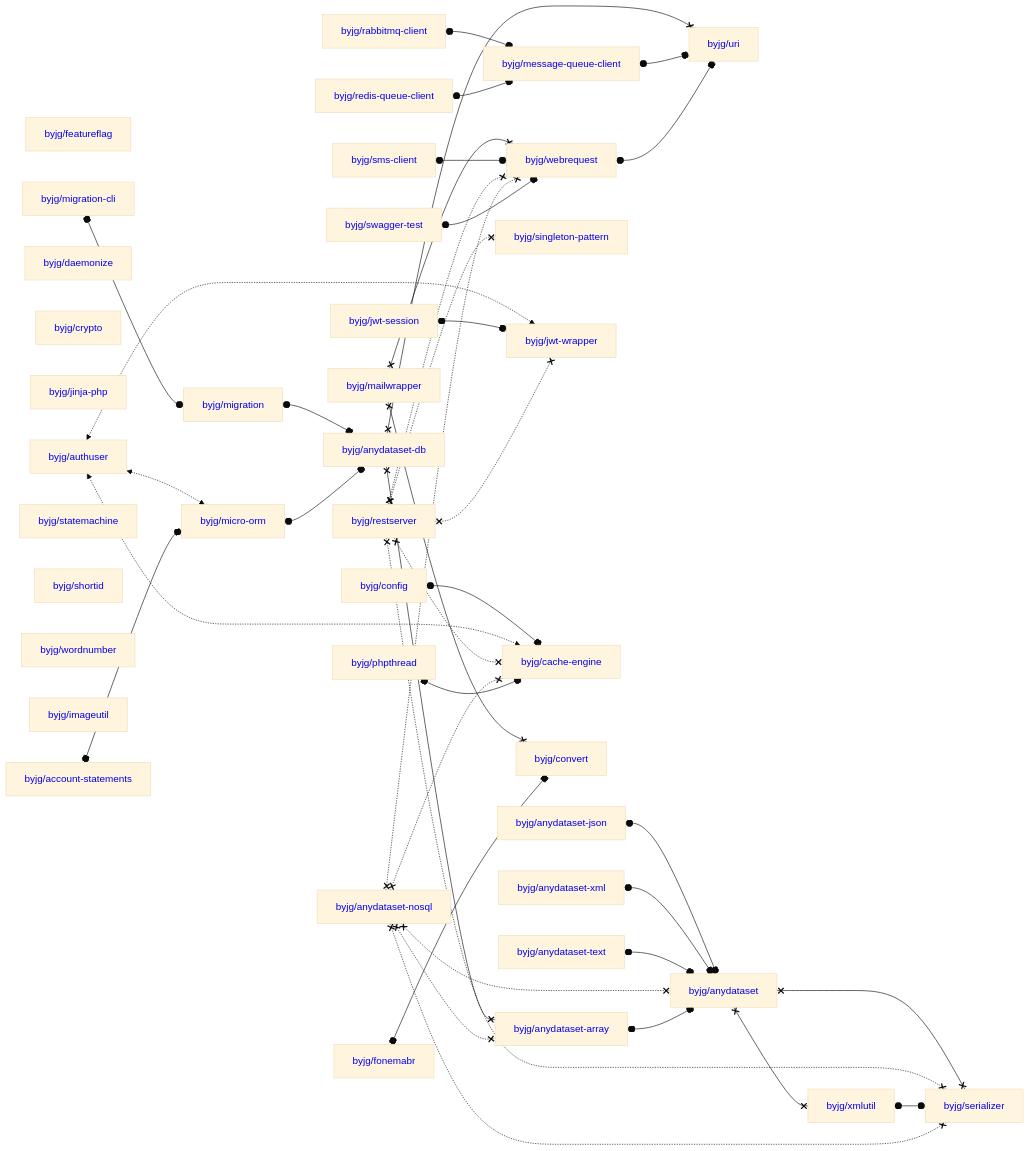
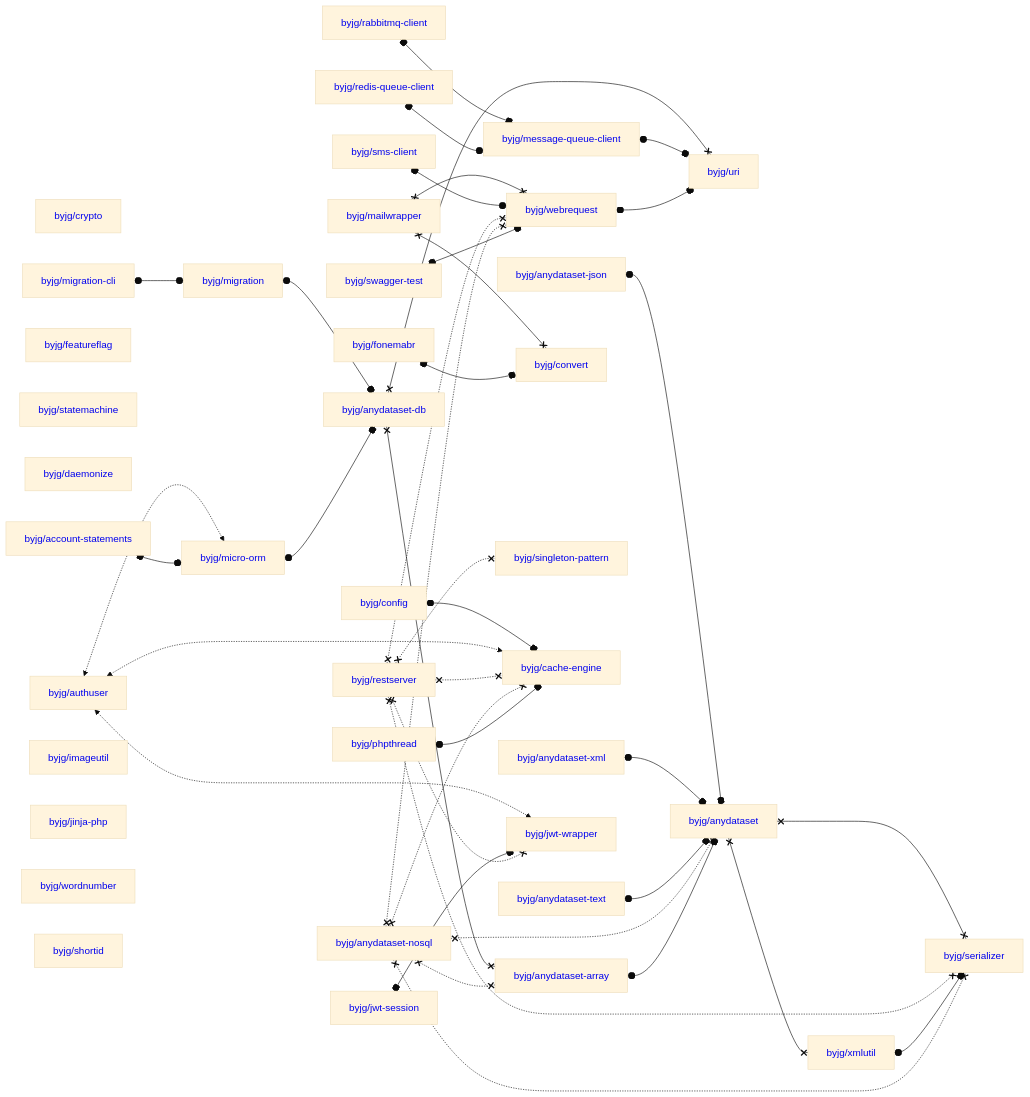
The diagram in docs/php/README.md (byjg/byjg.github.io), drawn with Mermaid (base theme) before and after one commit. The commit also changed other lines of this file, not shown here.

Commit message:
Update documentation 'php' 'php-migration'

````diff
--- a/docs/php/README.md
+++ b/docs/php/README.md
@@ -3,80 +3,80 @@
 ```mermaid
 graph LR;
+  byjg/crypto[<a href='https://opensource.byjg.com/docs/php/crypto' style='text-decoration:none'>byjg/crypto</a>];
+  byjg/anydataset-json[<a href='https://opensource.byjg.com/docs/php/anydataset-json' style='text-decoration:none'>byjg/anydataset-json</a>];
+  byjg/rabbitmq-client[<a href='https://opensource.byjg.com/docs/php/rabbitmq-client' style='text-decoration:none'>byjg/rabbitmq-client</a>];
+  byjg/anydataset-text[<a href='https://opensource.byjg.com/docs/php/anydataset-text' style='text-decoration:none'>byjg/anydataset-text</a>];
+  byjg/migration-cli[<a href='https://opensource.byjg.com/docs/php/migration-cli' style='text-decoration:none'>byjg/migration-cli</a>];
+  byjg/fonemabr[<a href='https://opensource.byjg.com/docs/php/fonemabr' style='text-decoration:none'>byjg/fonemabr</a>];
   byjg/featureflag[<a href='https://opensource.byjg.com/docs/php/featureflag' style='text-decoration:none'>byjg/featureflag</a>];
+  byjg/statemachine[<a href='https://opensource.byjg.com/docs/php/statemachine' style='text-decoration:none'>byjg/statemachine</a>];
+  byjg/redis-queue-client[<a href='https://opensource.byjg.com/docs/php/redis-queue-client' style='text-decoration:none'>byjg/redis-queue-client</a>];
   byjg/anydataset-xml[<a href='https://opensource.byjg.com/docs/php/anydataset-xml' style='text-decoration:none'>byjg/anydataset-xml</a>];
+  byjg/anydataset-nosql[<a href='https://opensource.byjg.com/docs/php/anydataset-nosql' style='text-decoration:none'>byjg/anydataset-nosql</a>];
+  byjg/daemonize[<a href='https://opensource.byjg.com/docs/php/daemonize' style='text-decoration:none'>byjg/daemonize</a>];
+  byjg/account-statements[<a href='https://opensource.byjg.com/docs/php/account-statements' style='text-decoration:none'>byjg/account-statements</a>];
+  byjg/phpthread[<a href='https://opensource.byjg.com/docs/php/phpthread' style='text-decoration:none'>byjg/phpthread</a>];
+  byjg/config[<a href='https://opensource.byjg.com/docs/php/config' style='text-decoration:none'>byjg/config</a>];
+  byjg/authuser[<a href='https://opensource.byjg.com/docs/php/authuser' style='text-decoration:none'>byjg/authuser</a>];
+  byjg/swagger-test[<a href='https://opensource.byjg.com/docs/php/swagger-test' style='text-decoration:none'>byjg/swagger-test</a>];
+  byjg/imageutil[<a href='https://opensource.byjg.com/docs/php/imageutil' style='text-decoration:none'>byjg/imageutil</a>];
+  byjg/jinja-php[<a href='https://opensource.byjg.com/docs/php/jinja-php' style='text-decoration:none'>byjg/jinja-php</a>];
+  byjg/jwt-session[<a href='https://opensource.byjg.com/docs/php/jwt-session' style='text-decoration:none'>byjg/jwt-session</a>];
+  byjg/mailwrapper[<a href='https://opensource.byjg.com/docs/php/mailwrapper' style='text-decoration:none'>byjg/mailwrapper</a>];
+  byjg/sms-client[<a href='https://opensource.byjg.com/docs/php/sms-client' style='text-decoration:none'>byjg/sms-client</a>];
+  byjg/wordnumber[<a href='https://opensource.byjg.com/docs/php/wordnumber' style='text-decoration:none'>byjg/wordnumber</a>];
+  byjg/shortid[<a href='https://opensource.byjg.com/docs/php/shortid' style='text-decoration:none'>byjg/shortid</a>];
   byjg/restserver[<a href='https://opensource.byjg.com/docs/php/restserver' style='text-decoration:none'>byjg/restserver</a>];
-  byjg/authuser[<a href='https://opensource.byjg.com/docs/php/authuser' style='text-decoration:none'>byjg/authuser</a>];
-  byjg/daemonize[<a href='https://opensource.byjg.com/docs/php/daemonize' style='text-decoration:none'>byjg/daemonize</a>];
-  byjg/jwt-session[<a href='https://opensource.byjg.com/docs/php/jwt-session' style='text-decoration:none'>byjg/jwt-session</a>];
-  byjg/crypto[<a href='https://opensource.byjg.com/docs/php/crypto' style='text-decoration:none'>byjg/crypto</a>];
-  byjg/fonemabr[<a href='https://opensource.byjg.com/docs/php/fonemabr' style='text-decoration:none'>byjg/fonemabr</a>];
-  byjg/config[<a href='https://opensource.byjg.com/docs/php/config' style='text-decoration:none'>byjg/config</a>];
-  byjg/anydataset-nosql[<a href='https://opensource.byjg.com/docs/php/anydataset-nosql' style='text-decoration:none'>byjg/anydataset-nosql</a>];
-  byjg/sms-client[<a href='https://opensource.byjg.com/docs/php/sms-client' style='text-decoration:none'>byjg/sms-client</a>];
-  byjg/jinja-php[<a href='https://opensource.byjg.com/docs/php/jinja-php' style='text-decoration:none'>byjg/jinja-php</a>];
-  byjg/account-statements[<a href='https://opensource.byjg.com/docs/php/account-statements' style='text-decoration:none'>byjg/account-statements</a>];
-  byjg/statemachine[<a href='https://opensource.byjg.com/docs/php/statemachine' style='text-decoration:none'>byjg/statemachine</a>];
-  byjg/phpthread[<a href='https://opensource.byjg.com/docs/php/phpthread' style='text-decoration:none'>byjg/phpthread</a>];
-  byjg/rabbitmq-client[<a href='https://opensource.byjg.com/docs/php/rabbitmq-client' style='text-decoration:none'>byjg/rabbitmq-client</a>];
-  byjg/shortid[<a href='https://opensource.byjg.com/docs/php/shortid' style='text-decoration:none'>byjg/shortid</a>];
-  byjg/swagger-test[<a href='https://opensource.byjg.com/docs/php/swagger-test' style='text-decoration:none'>byjg/swagger-test</a>];
-  byjg/mailwrapper[<a href='https://opensource.byjg.com/docs/php/mailwrapper' style='text-decoration:none'>byjg/mailwrapper</a>];
-  byjg/wordnumber[<a href='https://opensource.byjg.com/docs/php/wordnumber' style='text-decoration:none'>byjg/wordnumber</a>];
-  byjg/redis-queue-client[<a href='https://opensource.byjg.com/docs/php/redis-queue-client' style='text-decoration:none'>byjg/redis-queue-client</a>];
-  byjg/imageutil[<a href='https://opensource.byjg.com/docs/php/imageutil' style='text-decoration:none'>byjg/imageutil</a>];
-  byjg/migration-cli[<a href='https://opensource.byjg.com/docs/php/migration-cli' style='text-decoration:none'>byjg/migration-cli</a>];
-  byjg/anydataset-text[<a href='https://opensource.byjg.com/docs/php/anydataset-text' style='text-decoration:none'>byjg/anydataset-text</a>];
-  byjg/anydataset-json[<a href='https://opensource.byjg.com/docs/php/anydataset-json' style='text-decoration:none'>byjg/anydataset-json</a>];
+  byjg/migration[<a href='https://opensource.byjg.com/docs/php/migration' style='text-decoration:none'>byjg/migration</a>];
+  byjg/message-queue-client[<a href='https://opensource.byjg.com/docs/php/message-queue-client' style='text-decoration:none'>byjg/message-queue-client</a>];
+  byjg/micro-orm[<a href='https://opensource.byjg.com/docs/php/micro-orm' style='text-decoration:none'>byjg/micro-orm</a>];
+  byjg/convert[<a href='https://opensource.byjg.com/docs/php/convert' style='text-decoration:none'>byjg/convert</a>];
   byjg/singleton-pattern[<a href='https://opensource.byjg.com/docs/php/singleton-pattern' style='text-decoration:none'>byjg/singleton-pattern</a>];
+  byjg/cache-engine[<a href='https://opensource.byjg.com/docs/php/cache-engine' style='text-decoration:none'>byjg/cache-engine</a>];
+  byjg/webrequest[<a href='https://opensource.byjg.com/docs/php/webrequest' style='text-decoration:none'>byjg/webrequest</a>];
   byjg/jwt-wrapper[<a href='https://opensource.byjg.com/docs/php/jwt-wrapper' style='text-decoration:none'>byjg/jwt-wrapper</a>];
-  byjg/micro-orm[<a href='https://opensource.byjg.com/docs/php/micro-orm' style='text-decoration:none'>byjg/micro-orm</a>];
-  byjg/cache-engine[<a href='https://opensource.byjg.com/docs/php/cache-engine' style='text-decoration:none'>byjg/cache-engine</a>];
-  byjg/convert[<a href='https://opensource.byjg.com/docs/php/convert' style='text-decoration:none'>byjg/convert</a>];
-  byjg/webrequest[<a href='https://opensource.byjg.com/docs/php/webrequest' style='text-decoration:none'>byjg/webrequest</a>];
-  byjg/message-queue-client[<a href='https://opensource.byjg.com/docs/php/message-queue-client' style='text-decoration:none'>byjg/message-queue-client</a>];
-  byjg/migration[<a href='https://opensource.byjg.com/docs/php/migration' style='text-decoration:none'>byjg/migration</a>];
   byjg/anydataset-db[<a href='https://opensource.byjg.com/docs/php/anydataset-db' style='text-decoration:none'>byjg/anydataset-db</a>];
   byjg/anydataset-array[<a href='https://opensource.byjg.com/docs/php/anydataset-array' style='text-decoration:none'>byjg/anydataset-array</a>];
   byjg/uri[<a href='https://opensource.byjg.com/docs/php/uri' style='text-decoration:none'>byjg/uri</a>];
   byjg/anydataset[<a href='https://opensource.byjg.com/docs/php/anydataset' style='text-decoration:none'>byjg/anydataset</a>];
   byjg/xmlutil[<a href='https://opensource.byjg.com/docs/php/xmlutil' style='text-decoration:none'>byjg/xmlutil</a>];
   byjg/serializer[<a href='https://opensource.byjg.com/docs/php/serializer' style='text-decoration:none'>byjg/serializer</a>];
   byjg/config o--o byjg/cache-engine;
   byjg/migration o--o byjg/anydataset-db;
   byjg/rabbitmq-client o--o byjg/message-queue-client;
   byjg/redis-queue-client o--o byjg/message-queue-client;
   byjg/authuser <-.-> byjg/micro-orm;
   byjg/authuser <-.-> byjg/cache-engine;
   byjg/authuser <-.-> byjg/jwt-wrapper;
   byjg/anydataset-db x--x byjg/anydataset-array;
   byjg/anydataset-db x--x byjg/uri;
   byjg/mailwrapper x--x byjg/convert;
   byjg/mailwrapper x--x byjg/webrequest;
   byjg/anydataset-json o--o byjg/anydataset;
   byjg/anydataset-xml o--o byjg/anydataset;
   byjg/jwt-session o--o byjg/jwt-wrapper;
   byjg/account-statements o--o byjg/micro-orm;
   byjg/message-queue-client o--o byjg/uri;
   byjg/migration-cli o--o byjg/migration;
   byjg/micro-orm o--o byjg/anydataset-db;
   byjg/anydataset-text o--o byjg/anydataset;
   byjg/sms-client o--o byjg/webrequest;
   byjg/anydataset x--x byjg/serializer;
   byjg/anydataset x--x byjg/xmlutil;
   byjg/webrequest o--o byjg/uri;
   byjg/restserver x-.-x byjg/serializer;
   byjg/restserver x-.-x byjg/singleton-pattern;
   byjg/restserver x-.-x byjg/cache-engine;
   byjg/restserver x-.-x byjg/webrequest;
   byjg/restserver x-.-x byjg/jwt-wrapper;
   byjg/xmlutil o--o byjg/serializer;
   byjg/anydataset-nosql x-.-x byjg/anydataset;
   byjg/anydataset-nosql x-.-x byjg/anydataset-array;
   byjg/anydataset-nosql x-.-x byjg/serializer;
   byjg/anydataset-nosql x-.-x byjg/webrequest;
   byjg/anydataset-nosql x-.-x byjg/cache-engine;
   byjg/anydataset-array o--o byjg/anydataset;
   byjg/swagger-test o--o byjg/webrequest;
   byjg/phpthread o--o byjg/cache-engine;
   byjg/fonemabr o--o byjg/convert;
 ```
````
